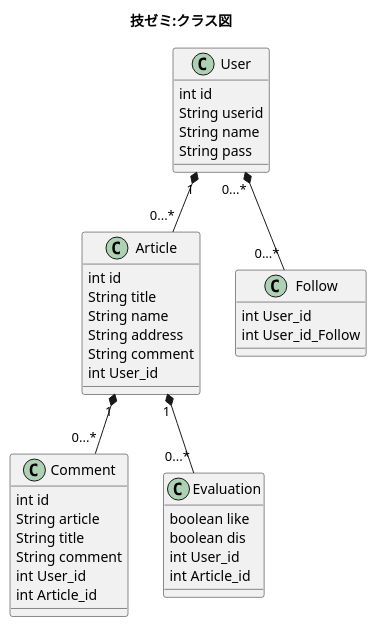
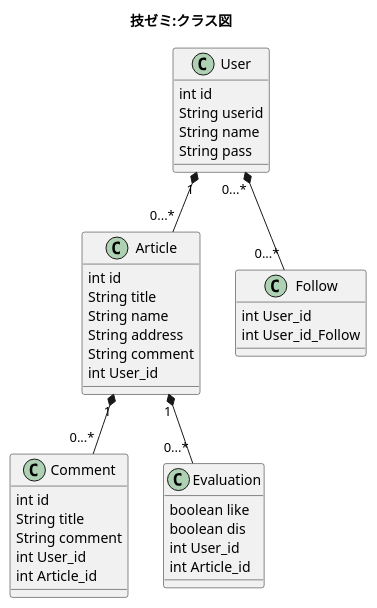
Before and after one commit to a191409/java-semi: the diagram in docs/Class.puml, drawn with PlantUML.

Commit message:
Class.puml

```diff
--- a/docs/Class.puml
+++ b/docs/Class.puml
@@ -1,41 +1,40 @@
 @startuml classsample
 title: 技ゼミ:クラス図
 
 class User {
     int id
     String userid
     String name
     String pass
 }
 class Article {
     int id
     String title
     String name
     String address
     String comment
     int User_id
 }
 class Comment {
     int id
-    String article
     String title
     String comment
     int User_id
     int Article_id
 }
 class Evaluation{
     boolean like
     boolean dis
     int User_id
     int Article_id
 }
 class Follow{
     int User_id
     int User_id_Follow
 }
 
 User "1" *-- "0...*" Article
 Article "1" *-- "0...*" Comment
 Article "1" *-- "0...*" Evaluation
 User "0...*" *-- "0...*" Follow
 @enduml
```
